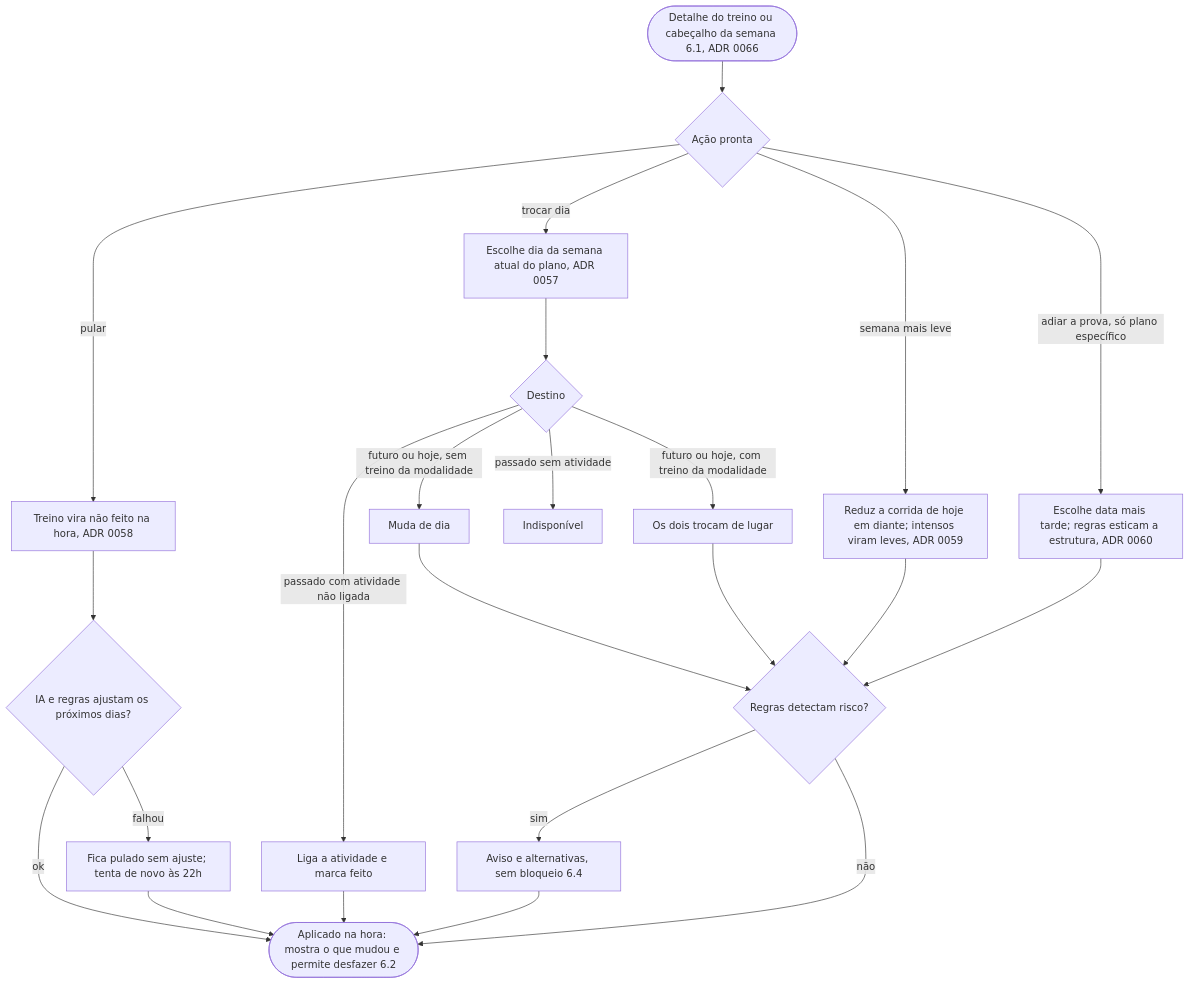
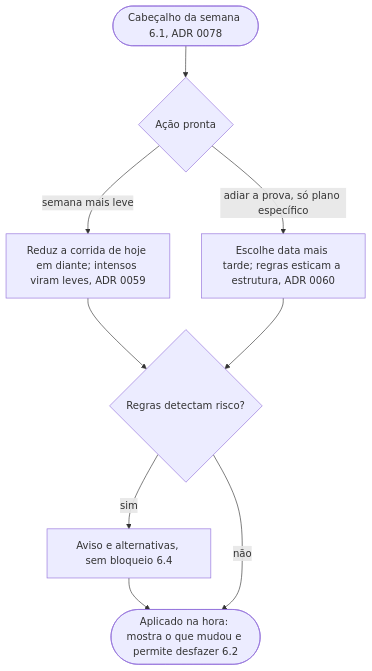
Before and after one commit to cruzvini/app-corrida: the ninth of 11 diagrams in docs/fluxos.md, drawn with Mermaid. The commit also changed other lines of this file and 10 other files, not shown here.

First line of the commit message:
docs: ADR 0078 - mudar um treino é replanejar com o Piu, no lugar de Pular e Trocar dia

````diff
--- a/docs/fluxos.md
+++ b/docs/fluxos.md
@@ -228,23 +228,10 @@
 ```mermaid
 flowchart TD
-  A([Detalhe do treino ou cabeçalho da semana 6.1, ADR 0066]) --> B{Ação pronta}
-  B -- pular --> P[Treino vira não feito na hora, ADR 0058]
-  P --> P1{IA e regras ajustam os próximos dias?}
-  P1 -- ok --> N
-  P1 -- falhou --> P2[Fica pulado sem ajuste; tenta de novo às 22h] --> N
-  B -- trocar dia --> T[Escolhe dia da semana atual do plano, ADR 0057]
-  T --> T1{Destino}
-  T1 -- futuro ou hoje, sem treino da modalidade --> T2[Muda de dia]
-  T1 -- futuro ou hoje, com treino da modalidade --> T3[Os dois trocam de lugar]
-  T1 -- passado com atividade não ligada --> T4[Liga a atividade e marca feito]
-  T1 -- passado sem atividade --> T5[Indisponível]
-  T2 --> R
-  T3 --> R
-  T4 --> N
+  A([Cabeçalho da semana 6.1, ADR 0078]) --> B{Ação pronta}
   B -- semana mais leve --> L[Reduz a corrida de hoje em diante; intensos viram leves, ADR 0059] --> R
   B -- adiar a prova, só plano específico --> AD[Escolhe data mais tarde; regras esticam a estrutura, ADR 0060] --> R
   R{Regras detectam risco?}
   R -- sim --> R1[Aviso e alternativas, sem bloqueio 6.4] --> N
   R -- não --> N
   N([Aplicado na hora: mostra o que mudou e permite desfazer 6.2])
 ```
````
